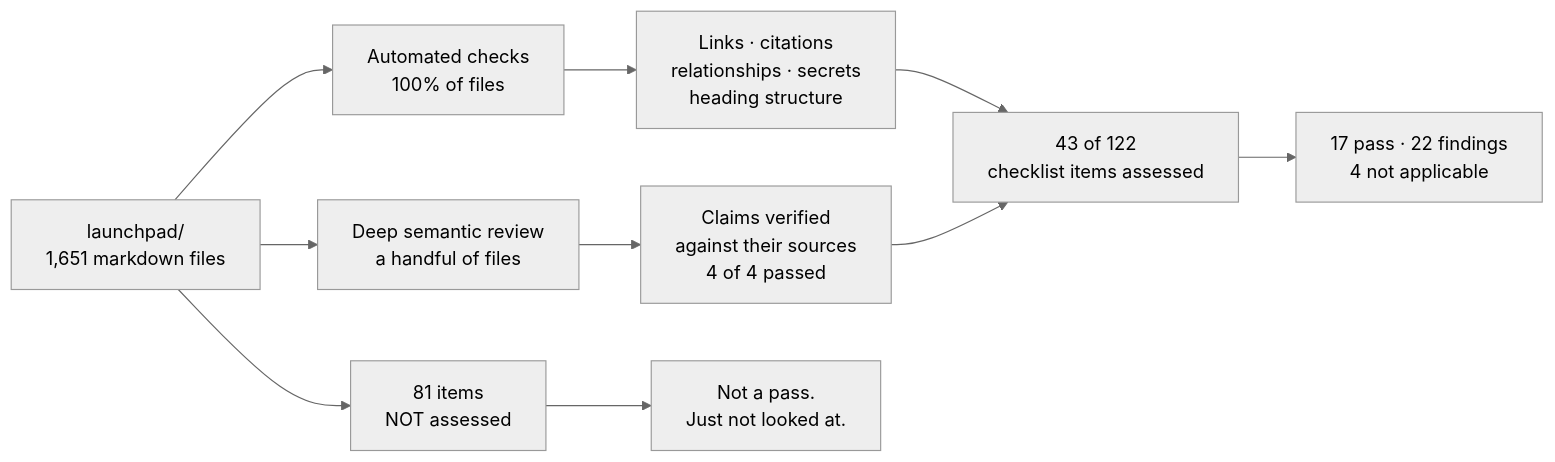
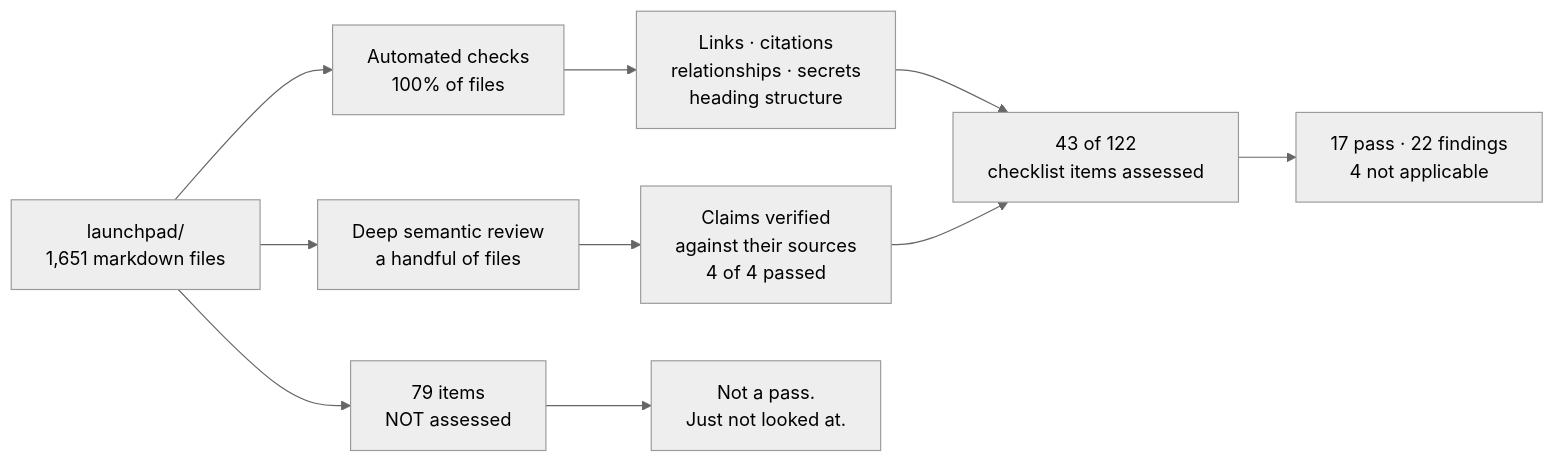
Before and after one commit to launchpad-26/buzz: the diagram in launchpad/docs/documentation-review/05-coverage-matrix.md, drawn with Mermaid (neutral theme). The commit also changed other lines of this file and 5 other files, not shown here.

````diff
--- a/launchpad/docs/documentation-review/05-coverage-matrix.md
+++ b/launchpad/docs/documentation-review/05-coverage-matrix.md
@@ -21,12 +21,12 @@
 ```mermaid
 flowchart LR
     A["launchpad/<br/>1,651 markdown files"] --> B["Automated checks<br/>100% of files"]
     A --> C["Deep semantic review<br/>a handful of files"]
     B --> D["Links · citations<br/>relationships · secrets<br/>heading structure"]
     C --> E["Claims verified<br/>against their sources<br/>4 of 4 passed"]
     D --> F["43 of 122<br/>checklist items assessed"]
     E --> F
     F --> G["17 pass · 22 findings<br/>4 not applicable"]
-    A --> H["81 items<br/>NOT assessed"]
+    A --> H["79 items<br/>NOT assessed"]
     H --> I["Not a pass.<br/>Just not looked at."]
 ```
````
